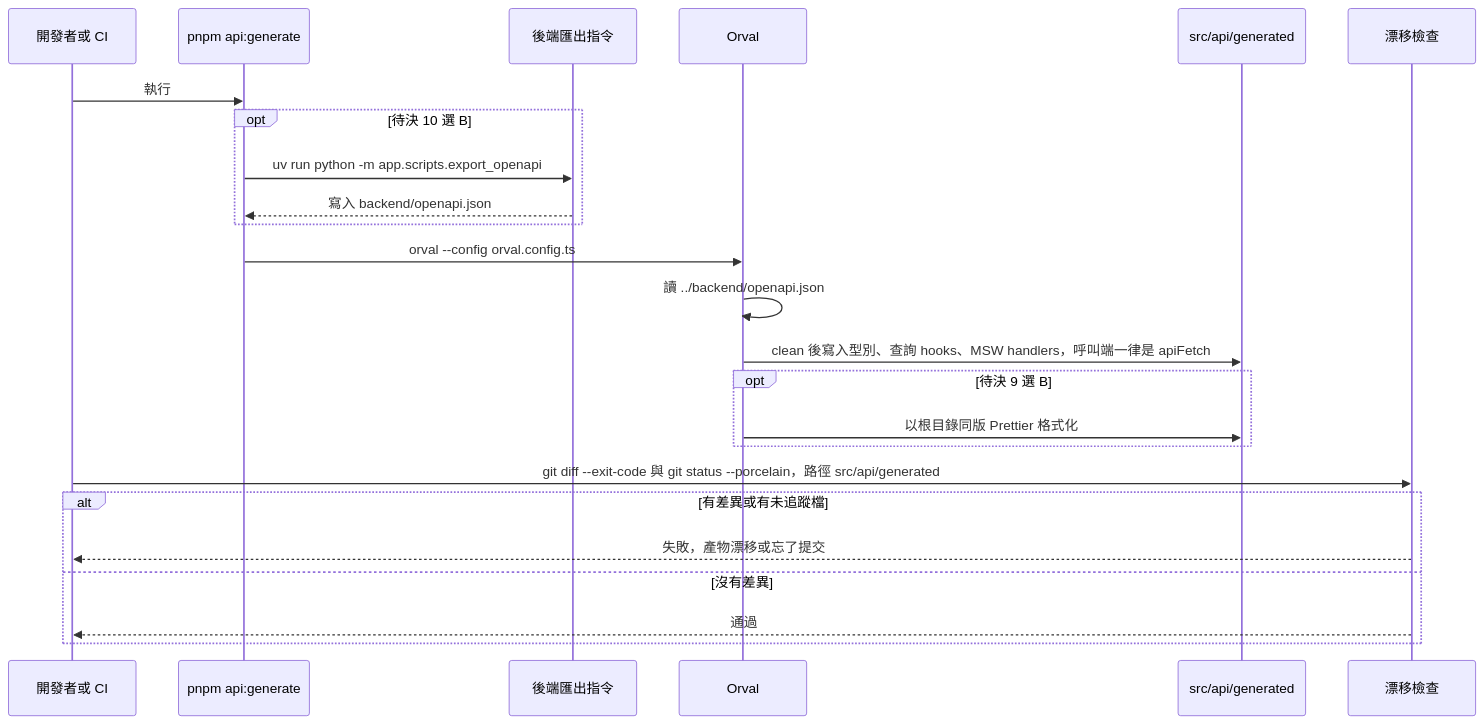
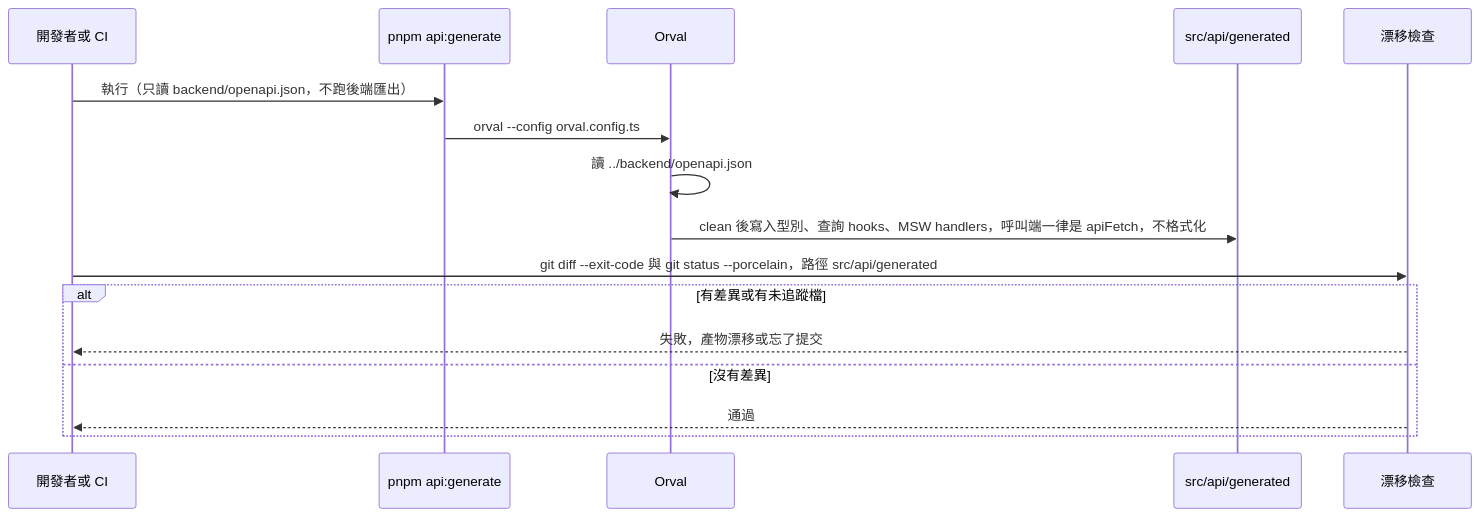
One commit to label-suite/label-suite changed diagram 12 of 14 in openspec/changes/frontend-skeleton/system-design.md. Above: the diagram before and after it, drawn with Mermaid. The commit also changed other lines of this file and 4 other files, not shown here.

````diff
--- a/openspec/changes/frontend-skeleton/system-design.md
+++ b/openspec/changes/frontend-skeleton/system-design.md
@@ -660,26 +755,18 @@
 ```mermaid
 sequenceDiagram
   participant Dev as 開發者或 CI
   participant Script as pnpm api:generate
-  participant BE as 後端匯出指令
   participant Orval
   participant Gen as src/api/generated
   participant Check as 漂移檢查
-  Dev->>Script: 執行
-  opt 待決 10 選 B
-    Script->>BE: uv run python -m app.scripts.export_openapi
-    BE-->>Script: 寫入 backend/openapi.json
-  end
+  Dev->>Script: 執行（只讀 backend/openapi.json，不跑後端匯出）
   Script->>Orval: orval --config orval.config.ts
   Orval->>Orval: 讀 ../backend/openapi.json
-  Orval->>Gen: clean 後寫入型別、查詢 hooks、MSW handlers，呼叫端一律是 apiFetch
-  opt 待決 9 選 B
-    Orval->>Gen: 以根目錄同版 Prettier 格式化
-  end
+  Orval->>Gen: clean 後寫入型別、查詢 hooks、MSW handlers，呼叫端一律是 apiFetch，不格式化
   Dev->>Check: git diff --exit-code 與 git status --porcelain，路徑 src/api/generated
   alt 有差異或有未追蹤檔
     Check-->>Dev: 失敗，產物漂移或忘了提交
   else 沒有差異
     Check-->>Dev: 通過
   end
 ```
````
